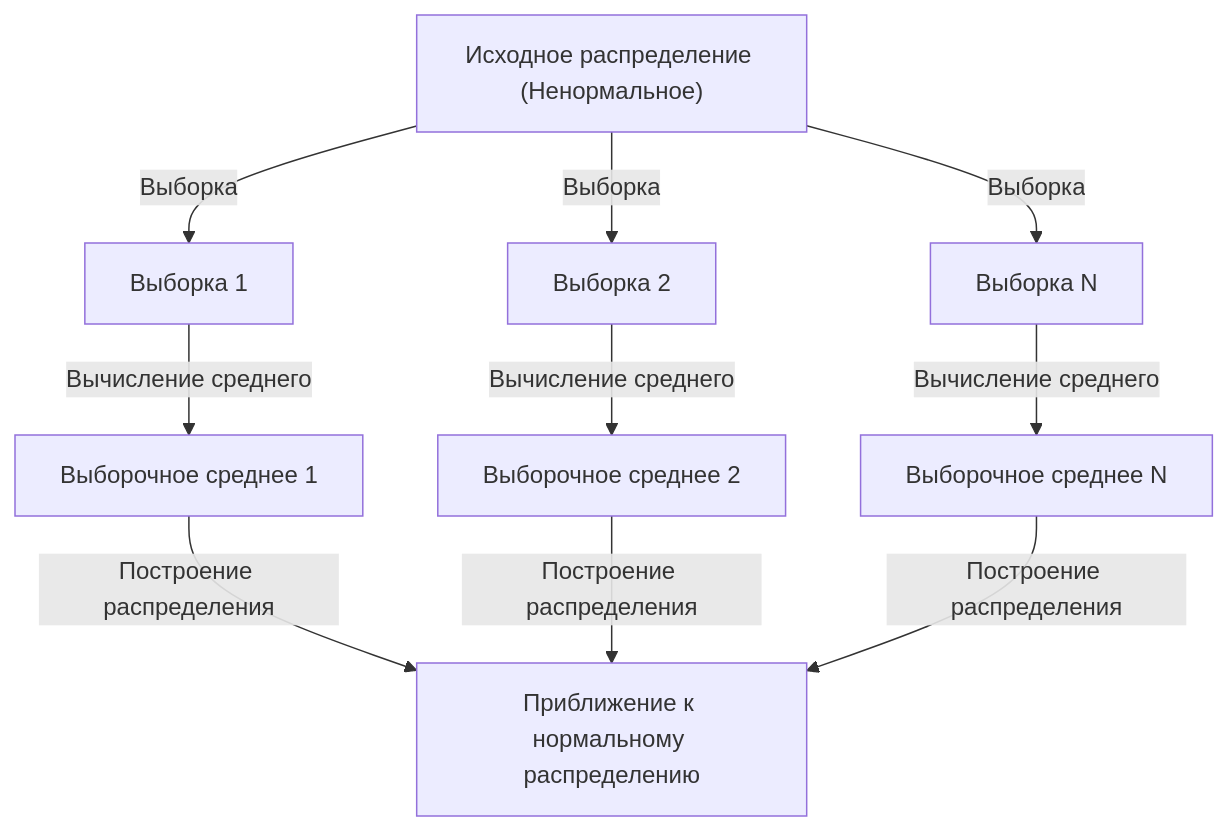
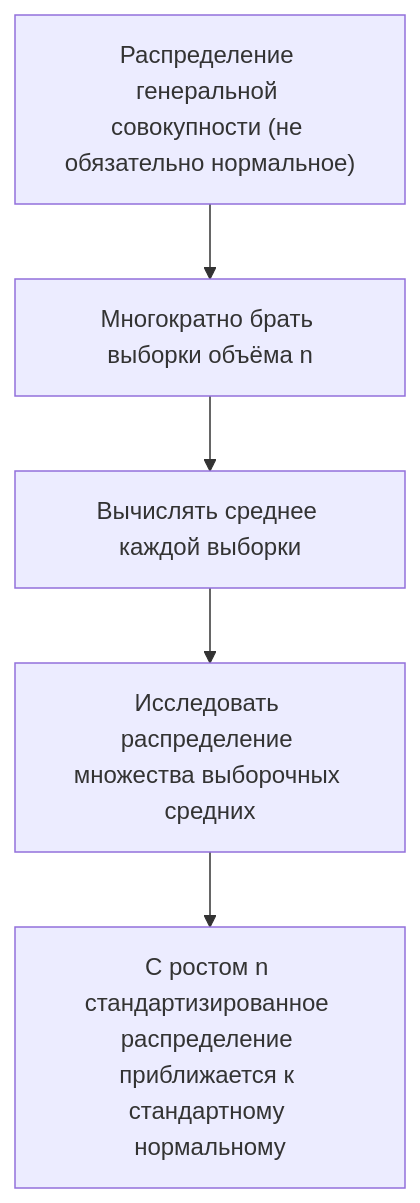
Before and after one commit to kenjinote/blog: the diagram in content/post/central-limit-theorem/index.ru.md, drawn with Mermaid. The commit also changed other lines of this file and 15 other files, not shown here.

````diff
--- a/content/post/central-limit-theorem/index.ru.md
+++ b/content/post/central-limit-theorem/index.ru.md
@@ -44,12 +44,7 @@
 ```mermaid
 graph TD
-    A["Исходное распределение (Ненормальное)"] -->|"Выборка"| B["Выборка 1"]
-    A -->|"Выборка"| C["Выборка 2"]
-    A -->|"Выборка"| D["Выборка N"]
-    B -->|"Вычисление среднего"| E["Выборочное среднее 1"]
-    C -->|"Вычисление среднего"| F["Выборочное среднее 2"]
-    D -->|"Вычисление среднего"| G["Выборочное среднее N"]
-    E -->|"Построение распределения"| H["Приближение к нормальному распределению"]
-    F -->|"Построение распределения"| H
-    G -->|"Построение распределения"| H
+    A["Распределение генеральной совокупности (не обязательно нормальное)"] --> B["Многократно брать выборки объёма n"]
+    B --> C["Вычислять среднее каждой выборки"]
+    C --> D["Исследовать распределение множества выборочных средних"]
+    D --> E["С ростом n стандартизированное распределение приближается к стандартному нормальному"]
 ```
````
